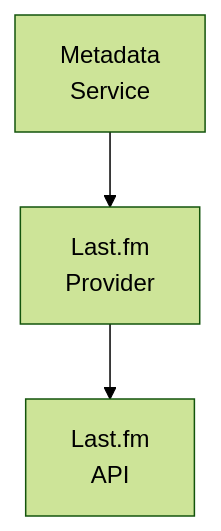
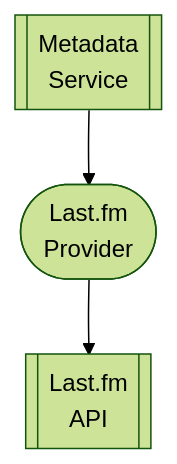
Before and after one commit to lusoris/revenge: the diagram in docs/dev/design/integrations/metadata/music/LASTFM.md, drawn with Mermaid (forest theme). The commit also changed 208 other files, not shown here.

First line of the commit message:
feat(docs): Improve ASCII to Mermaid converter with proper box extraction

````diff
--- a/docs/dev/design/integrations/metadata/music/LASTFM.md
+++ b/docs/dev/design/integrations/metadata/music/LASTFM.md
@@ -59,8 +59,8 @@
 ```mermaid
 flowchart TD
-    node1["Metadata<br/>Service"]
-    node2["Last.fm<br/>Provider"]
-    node3["Last.fm<br/>API"]
+    node1[[Metadata<br/>Service]]
+    node2([Last.fm<br/>Provider])
+    node3[[Last.fm<br/>API]]
     node1 --> node2
     node2 --> node3
 ```
````
